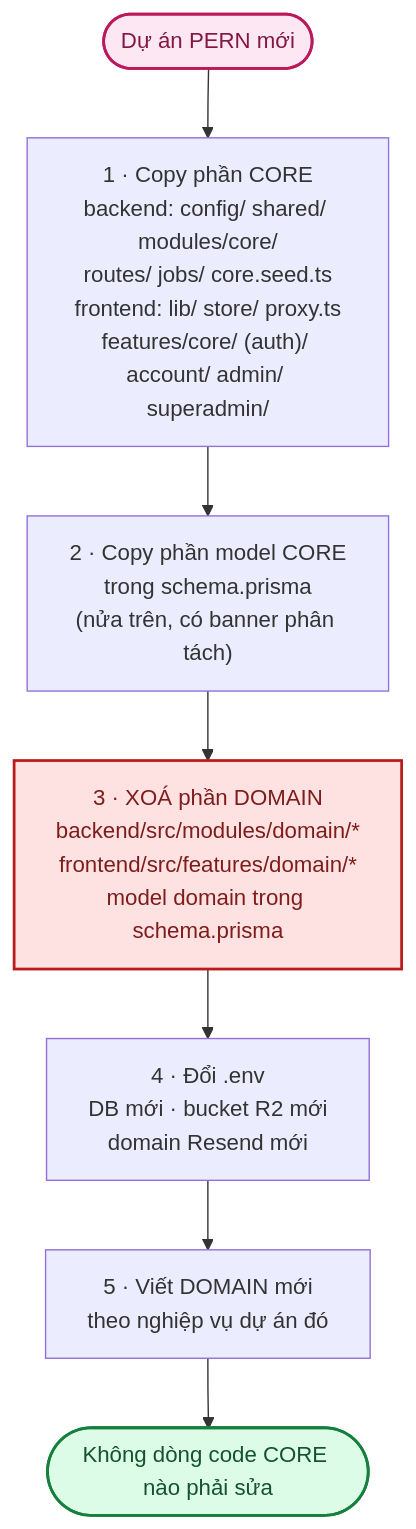
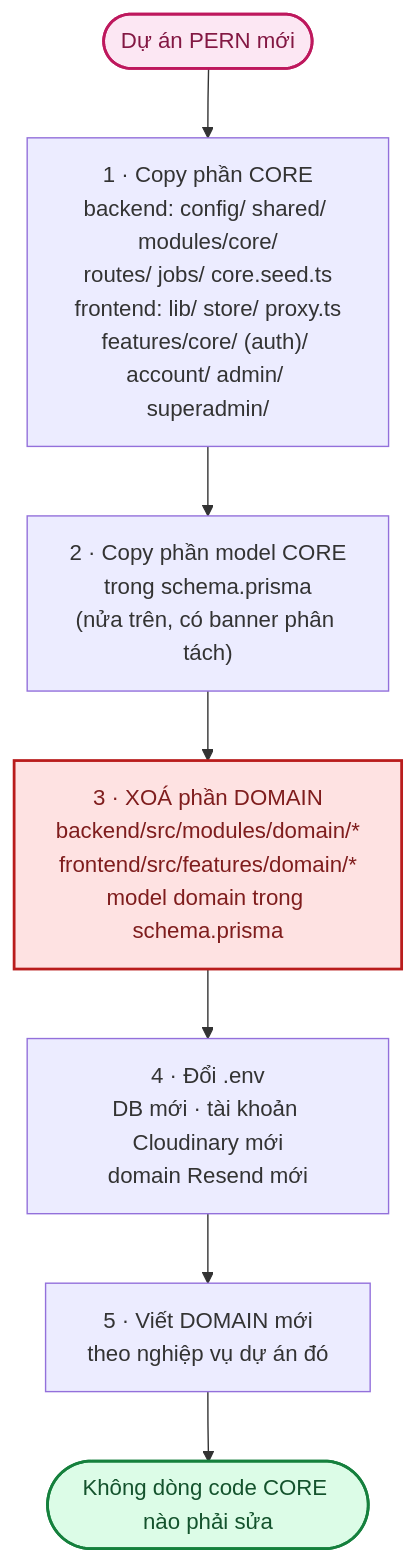
The first of 4 diagrams in docs/02-kien-truc-tong-quan.md (Hungvu0712/FLOWER), drawn with Mermaid before and after one commit. The commit also changed other lines of this file and 40 other files, not shown here.

````diff
--- a/docs/02-kien-truc-tong-quan.md
+++ b/docs/02-kien-truc-tong-quan.md
@@ -39,13 +39,13 @@
 ```mermaid
 flowchart TD
     START([Dự án PERN mới]) --> S1["1 · Copy phần CORE<br/>backend: config/ shared/ modules/core/<br/>routes/ jobs/ core.seed.ts<br/>frontend: lib/ store/ proxy.ts<br/>features/core/ (auth)/ account/ admin/ superadmin/"]
     S1 --> S2["2 · Copy phần model CORE<br/>trong schema.prisma<br/>(nửa trên, có banner phân tách)"]
     S2 --> S3["3 · XOÁ phần DOMAIN<br/>backend/src/modules/domain/*<br/>frontend/src/features/domain/*<br/>model domain trong schema.prisma"]
-    S3 --> S4["4 · Đổi .env<br/>DB mới · bucket R2 mới<br/>domain Resend mới"]
+    S3 --> S4["4 · Đổi .env<br/>DB mới · tài khoản Cloudinary mới<br/>domain Resend mới"]
     S4 --> S5["5 · Viết DOMAIN mới<br/>theo nghiệp vụ dự án đó"]
     S5 --> DONE([Không dòng code CORE nào phải sửa])
 
     style START fill:#fce7f3,stroke:#be185d,stroke-width:2px,color:#831843
     style DONE fill:#dcfce7,stroke:#15803d,stroke-width:2px,color:#14532d
     style S3 fill:#fee2e2,stroke:#b91c1c,stroke-width:2px,color:#7f1d1d
 ```
````
